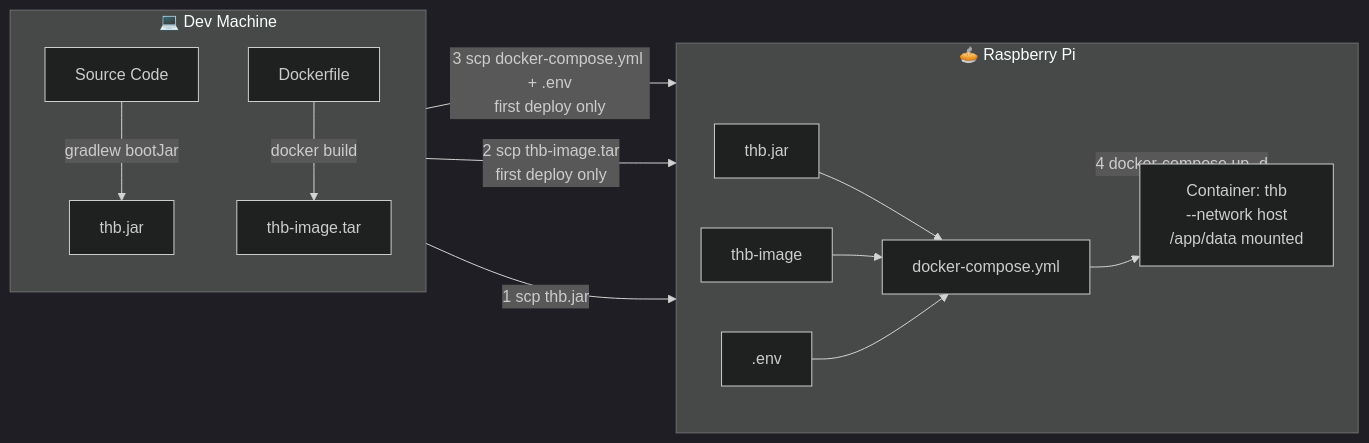
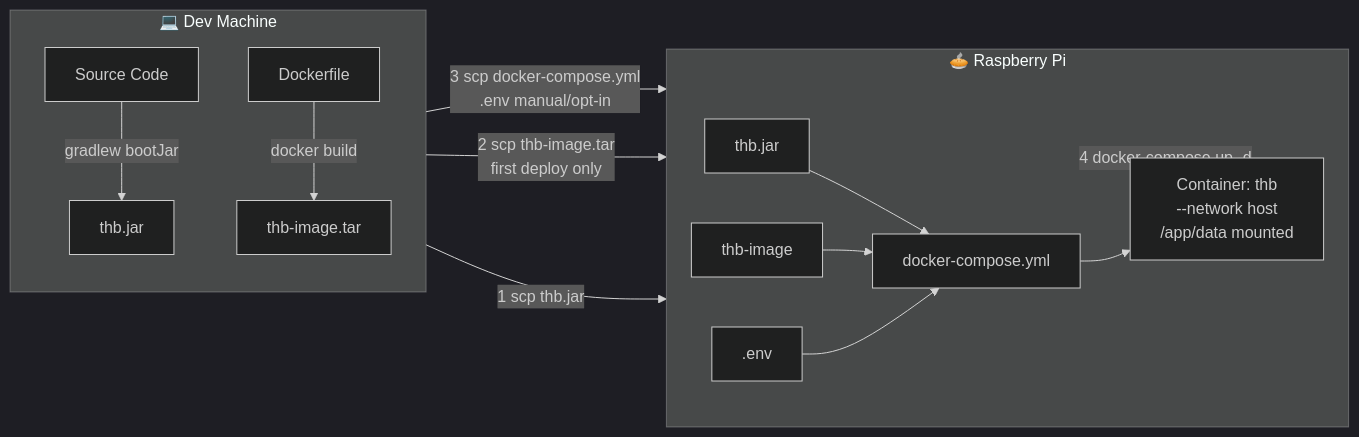
The diagram in docs/deploy-plan.md (Shterneregen/telegram-home-bot), drawn with Mermaid (dark theme) before and after one commit. The commit also changed other lines of this file and 5 other files, not shown here.

````diff
--- a/docs/deploy-plan.md
+++ b/docs/deploy-plan.md
@@ -32,17 +32,17 @@
 ```mermaid
 flowchart LR
     subgraph Dev["💻 Dev Machine"]
         SRC[Source Code] -->|gradlew bootJar| JAR[thb.jar]
         DF[Dockerfile] -->|docker build| IMG[thb-image.tar]
     end
     subgraph Pi["🥧 Raspberry Pi"]
         JAR2[thb.jar] --> COMPOSE[docker-compose.yml]
         IMG2[thb-image] --> COMPOSE
         ENV[.env] --> COMPOSE
         COMPOSE --> CONT["Container: thb\n--network host\n/app/data mounted"]
     end
     Dev -->|1 scp thb.jar| Pi
     Dev -->|2 scp thb-image.tar\nfirst deploy only| Pi
-    Dev -->|3 scp docker-compose.yml + .env\nfirst deploy only| Pi
+    Dev -->|3 scp docker-compose.yml\n.env manual/opt-in| Pi
     Pi -->|4 docker-compose up -d| CONT
 ```
````
